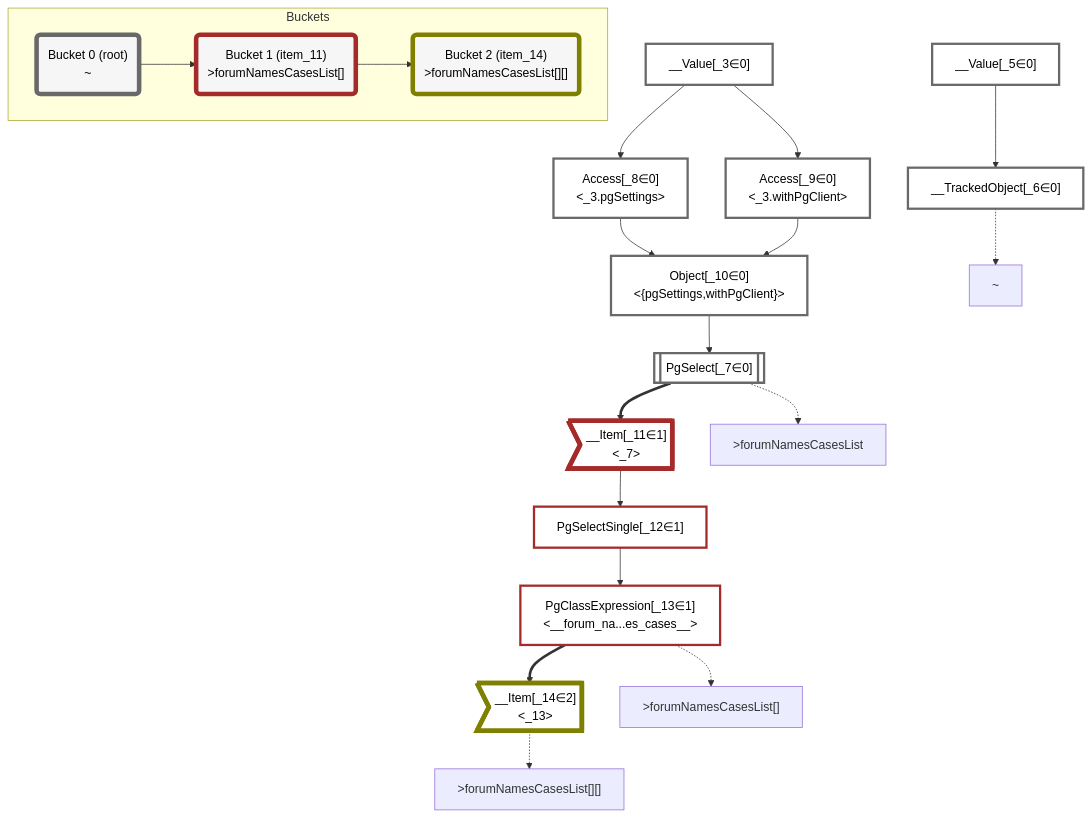
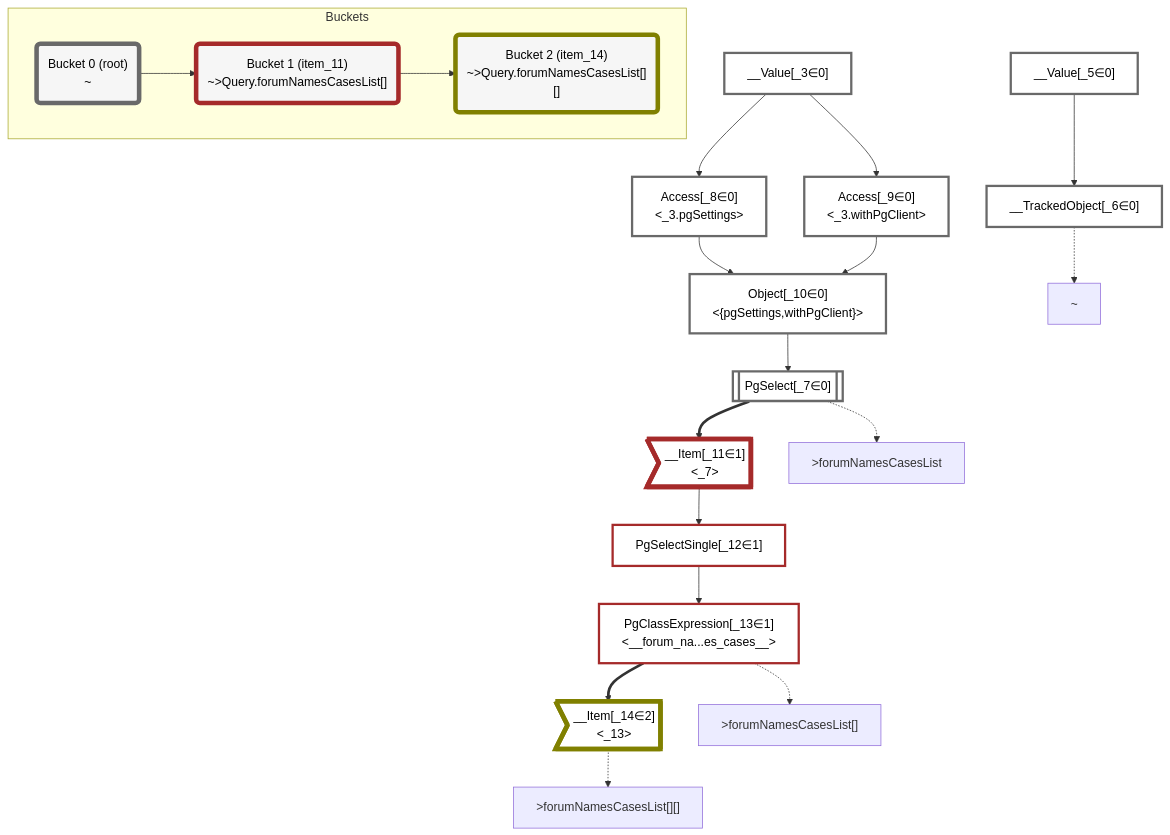
One commit to graphile/crystal changed the diagram in packages/dataplan-pg/__tests__/queries/functions/custom-query-forum-names-cases.deopt.mermaid.md. Above: the diagram before and after it, drawn with Mermaid. The commit also changed 141 other files, not shown here.

````diff
--- a/packages/dataplan-pg/__tests__/queries/functions/custom-query-forum-names-cases.deopt.mermaid.md
+++ b/packages/dataplan-pg/__tests__/queries/functions/custom-query-forum-names-cases.deopt.mermaid.md
@@ -1,63 +1,63 @@
 ```mermaid
 graph TD
     classDef path fill:#eee,stroke:#000,color:#000
     classDef plan fill:#fff,stroke-width:3px,color:#000
     classDef itemplan fill:#fff,stroke-width:6px,color:#000
     classDef sideeffectplan fill:#f00,stroke-width:6px,color:#000
     classDef bucket fill:#f6f6f6,color:#000,stroke-width:6px
 
 
     %% define plans
     __Value_3["__Value[_3∈0]<br /><context>"]:::plan
     __Value_5["__Value[_5∈0]<br /><rootValue>"]:::plan
     __TrackedObject_6["__TrackedObject[_6∈0]"]:::plan
     PgSelect_7[["PgSelect[_7∈0]<br /><forum_names_cases>"]]:::plan
     Access_8["Access[_8∈0]<br /><_3.pgSettings>"]:::plan
     Access_9["Access[_9∈0]<br /><_3.withPgClient>"]:::plan
     Object_10["Object[_10∈0]<br /><{pgSettings,withPgClient}>"]:::plan
     __Item_11>"__Item[_11∈1]<br /><_7>"]:::itemplan
     PgSelectSingle_12["PgSelectSingle[_12∈1]<br /><forum_names_cases>"]:::plan
     PgClassExpression_13["PgClassExpression[_13∈1]<br /><__forum_na...es_cases__>"]:::plan
     __Item_14>"__Item[_14∈2]<br /><_13>"]:::itemplan
 
     %% plan dependencies
     __Value_5 --> __TrackedObject_6
     Object_10 --> PgSelect_7
     __Value_3 --> Access_8
     __Value_3 --> Access_9
     Access_8 --> Object_10
     Access_9 --> Object_10
     PgSelect_7 ==> __Item_11
     __Item_11 --> PgSelectSingle_12
     PgSelectSingle_12 --> PgClassExpression_13
     PgClassExpression_13 ==> __Item_14
 
     %% plan-to-path relationships
     P1["~"]
     __TrackedObject_6 -.-> P1
     P2[">forumNamesCasesList"]
     PgSelect_7 -.-> P2
     P3[">forumNamesCasesList[]"]
     PgClassExpression_13 -.-> P3
     P4[">forumNamesCasesList[][]"]
     __Item_14 -.-> P4
 
     %% allocate buckets
     classDef bucket0 stroke:#696969
     class __Value_3,__Value_5,__TrackedObject_6,PgSelect_7,Access_8,Access_9,Object_10 bucket0
     classDef bucket1 stroke:#a52a2a
     class __Item_11,PgSelectSingle_12,PgClassExpression_13 bucket1
     classDef bucket2 stroke:#808000
     class __Item_14 bucket2
 
     subgraph Buckets
     Bucket0("Bucket 0 (root)<br />~"):::bucket
     style Bucket0 stroke:#696969
-    Bucket1("Bucket 1 (item_11)<br />>forumNamesCasesList[]"):::bucket
+    Bucket1("Bucket 1 (item_11)<br />~>Query.forumNamesCasesList[]"):::bucket
     style Bucket1 stroke:#a52a2a
     Bucket0 --> Bucket1
-    Bucket2("Bucket 2 (item_14)<br />>forumNamesCasesList[][]"):::bucket
+    Bucket2("Bucket 2 (item_14)<br />~>Query.forumNamesCasesList[][]"):::bucket
     style Bucket2 stroke:#808000
     Bucket1 --> Bucket2
     end
 ```
````
